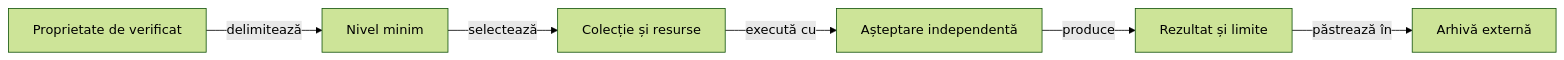
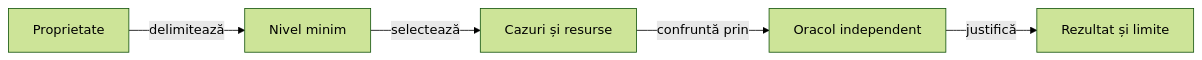
Before and after one commit to crististefanita/atf_j4: the diagram in docs/testing/README.md, drawn with Mermaid (forest theme). The commit also changed other lines of this file and 642 other files, not shown here.

Commit message:
Update J4 architecture and reporting modules

````diff
--- a/docs/testing/README.md
+++ b/docs/testing/README.md
@@ -10,8 +21,7 @@
 ```mermaid
 flowchart LR
-    CONTRACT[Proprietate de verificat] -->|delimitează| LEVEL[Nivel minim]
-    LEVEL -->|selectează| SUITE[Colecție și resurse]
-    SUITE -->|execută cu| ORACLE[Așteptare independentă]
-    ORACLE -->|produce| RESULT[Rezultat și limite]
-    RESULT -->|păstrează în| ARCHIVE[Arhivă externă]
+    CONTRACT[Proprietate] -->|delimitează| LEVEL[Nivel minim]
+    LEVEL -->|selectează| SUITE[Cazuri și resurse]
+    SUITE -->|confruntă prin| ORACLE[Oracol independent]
+    ORACLE -->|justifică| RESULT[Rezultat și limite]
 ```
````
